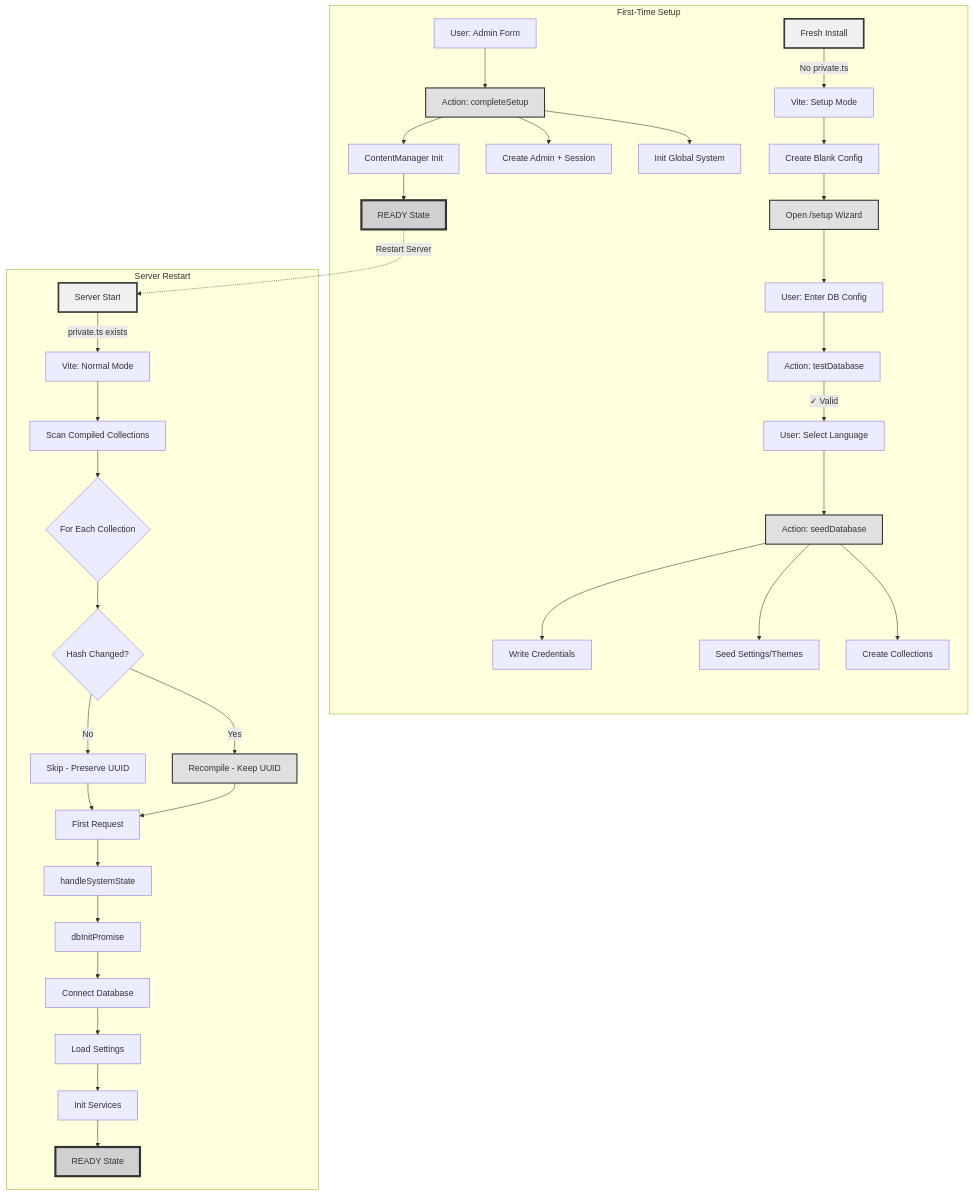
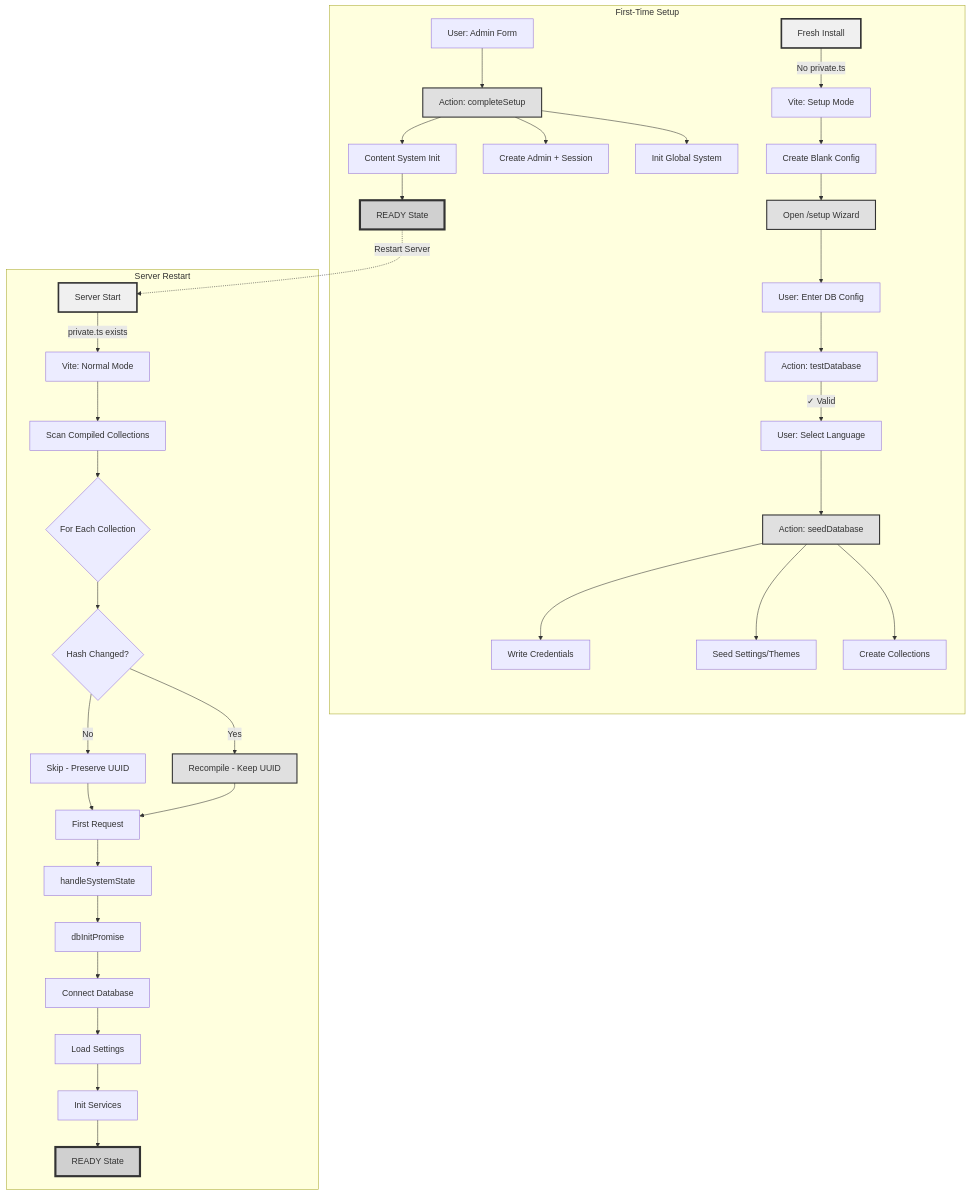
The first of 9 diagrams in docs/architecture/initialization-workflow.mdx (TamoorArif/SveltyCMS), drawn with Mermaid before and after one commit. The commit also changed other lines of this file and 118 other files, not shown here.

Commit message:
refactor: consolidate content management logic by replacing legacy modules with unified store and service layers and updating setup wizard architecture.

````diff
--- a/docs/architecture/initialization-workflow.mdx
+++ b/docs/architecture/initialization-workflow.mdx
@@ -521,48 +521,48 @@
 ```mermaid
 graph TB
     subgraph "First-Time Setup"
         A1[Fresh Install] -->|No private.ts| A2[Vite: Setup Mode]
         A2 --> A3[Create Blank Config]
         A3 --> A4[Open /setup Wizard]
         A4 --> A5[User: Enter DB Config]
         A5 --> A6[Action: testDatabase]
         A6 -->|✓ Valid| A7[User: Select Language]
         A7 --> A8[Action: seedDatabase]
         A8 --> A9[Write Credentials]
         A8 --> A10[Seed Settings/Themes]
         A8 --> A11[Create Collections]
         A12[User: Admin Form] --> A13[Action: completeSetup]
         A13 --> A14[Create Admin + Session]
         A13 --> A15[Init Global System]
-        A13 --> A16[ContentManager Init]
+        A13 --> A16[Content System Init]
         A16 --> A17[READY State]
     end
 
     subgraph "Server Restart"
         B1[Server Start] -->|private.ts exists| B2[Vite: Normal Mode]
         B2 --> B3[Scan Compiled Collections]
         B3 --> B4{For Each Collection}
         B4 --> B5{Hash Changed?}
         B5 -->|No| B6[Skip - Preserve UUID]
         B5 -->|Yes| B7[Recompile - Keep UUID]
         B6 --> B8[First Request]
         B7 --> B8
         B8 --> B9[handleSystemState]
         B9 --> B10[dbInitPromise]
         B10 --> B11[Connect Database]
         B11 --> B12[Load Settings]
         B12 --> B13[Init Services]
         B13 --> B14[READY State]
     end
 
     A17 -.->|Restart Server| B1
 
     style A1 fill:#f0f0f0,stroke:#333,stroke-width:3px
     style A4 fill:#e0e0e0,stroke:#333,stroke-width:2px
     style A8 fill:#e0e0e0,stroke:#333,stroke-width:2px
     style A13 fill:#e0e0e0,stroke:#333,stroke-width:2px
     style A17 fill:#d0d0d0,stroke:#333,stroke-width:4px
     style B1 fill:#f0f0f0,stroke:#333,stroke-width:3px
     style B7 fill:#e0e0e0,stroke:#333,stroke-width:2px
     style B14 fill:#d0d0d0,stroke:#333,stroke-width:4px
 ```
````
